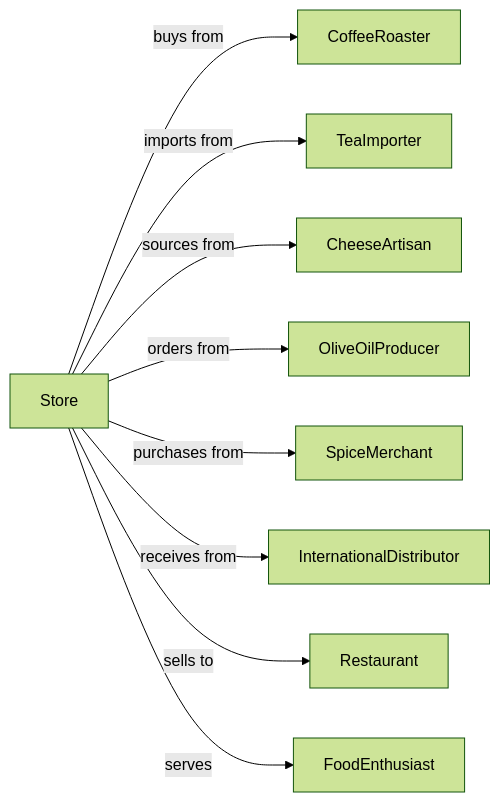
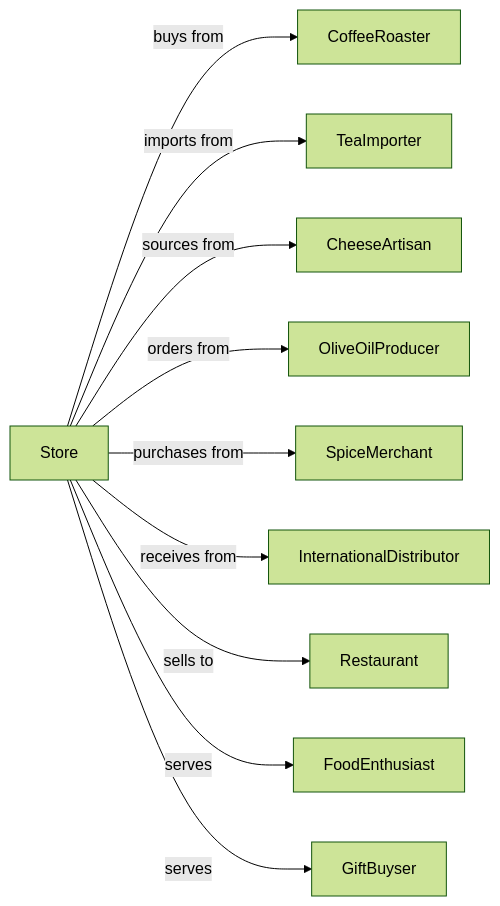
One commit to dot-org-ai/industries.org.ai changed the second of 2 diagrams in RetailTrade/FoodAndBeverageRetailers/SpecialtyFoodRetailers/AllOtherSpecialtyFoodRetailers.mdx. Above: the diagram before and after it, drawn with Mermaid (forest theme). The commit also changed 588 other files, not shown here.

````diff
--- a/RetailTrade/FoodAndBeverageRetailers/SpecialtyFoodRetailers/AllOtherSpecialtyFoodRetailers.mdx
+++ b/RetailTrade/FoodAndBeverageRetailers/SpecialtyFoodRetailers/AllOtherSpecialtyFoodRetailers.mdx
@@ -130,13 +130,14 @@
 ```mermaid
 graph LR
     S[Store]
 
     S -->|buys from| CoffeeRoaster
     S -->|imports from| TeaImporter
     S -->|sources from| CheeseArtisan
     S -->|orders from| OliveOilProducer
     S -->|purchases from| SpiceMerchant
     S -->|receives from| InternationalDistributor
     S -->|sells to| Restaurant
     S -->|serves| FoodEnthusiast
+    S -->|serves| GiftBuyser
 ```
````
